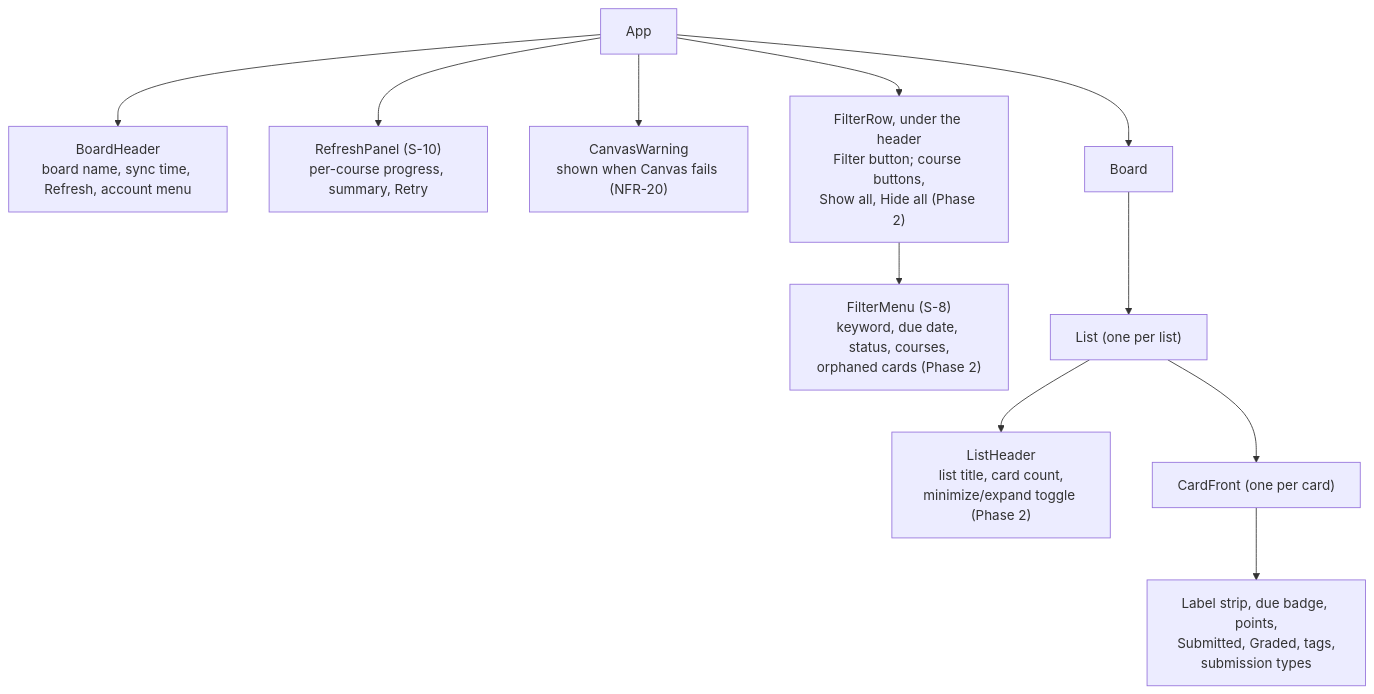
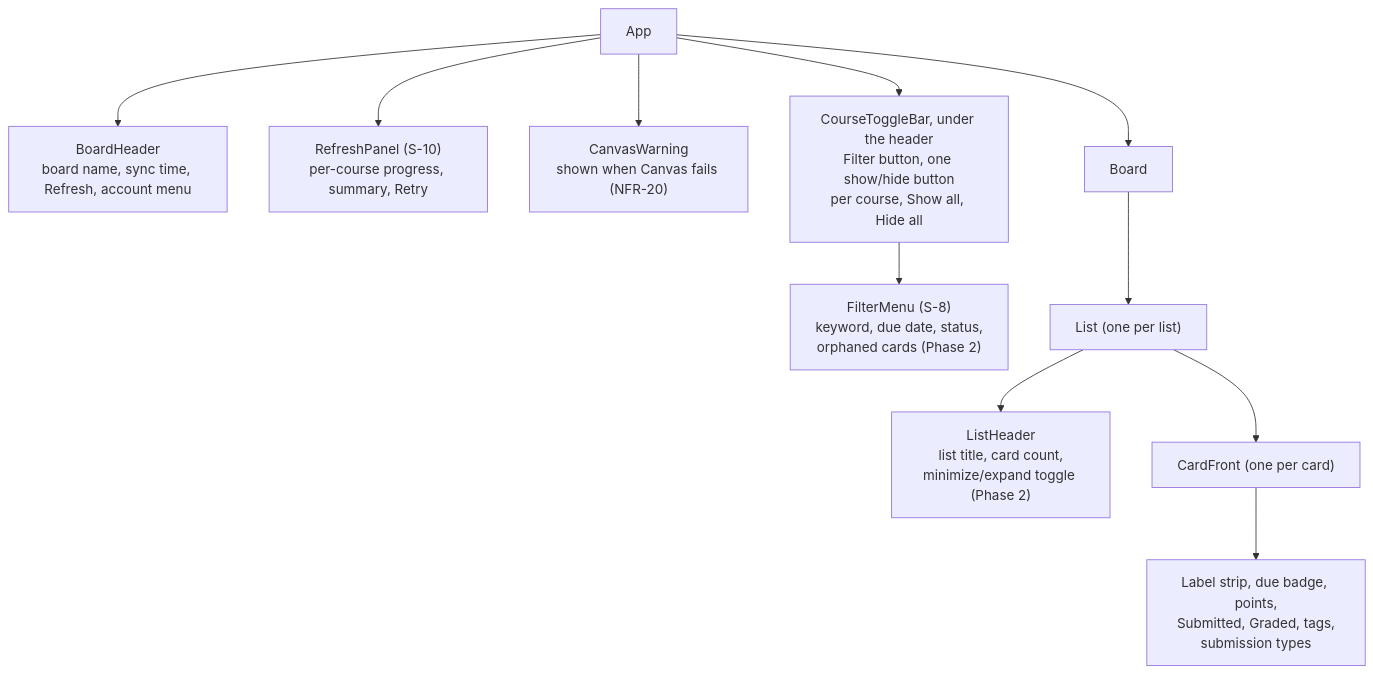
The sixth of 6 diagrams in docs/canvas-portal/03-design.md (bbranton/TestProj), drawn with Mermaid before and after one commit. The commit also changed other lines of this file, not shown here.

First line of the commit message:
Design: course buttons in Phase 1 as the only course picker (FR-78)

````diff
--- a/docs/canvas-portal/03-design.md
+++ b/docs/canvas-portal/03-design.md
@@ -698,13 +698,13 @@
 ```mermaid
 flowchart TD
     App --> Header["BoardHeader<br/>board name, sync time, Refresh, account menu"]
     App --> Progress["RefreshPanel (S-10)<br/>per-course progress, summary, Retry"]
     App --> Banner["CanvasWarning<br/>shown when Canvas fails (NFR-20)"]
-    App --> Row["FilterRow, under the header<br/>Filter button; course buttons,<br/>Show all, Hide all (Phase 2)"]
-    Row --> Filter["FilterMenu (S-8)<br/>keyword, due date, status, courses,<br/>orphaned cards (Phase 2)"]
+    App --> Row["CourseToggleBar, under the header<br/>Filter button, one show/hide button<br/>per course, Show all, Hide all"]
+    Row --> Filter["FilterMenu (S-8)<br/>keyword, due date, status,<br/>orphaned cards (Phase 2)"]
     App --> Board
     Board --> List["List (one per list)"]
     List --> ListHeader["ListHeader<br/>list title, card count,<br/>minimize/expand toggle (Phase 2)"]
     List --> Card["CardFront (one per card)"]
     Card --> Badges["Label strip, due badge, points,<br/>Submitted, Graded, tags,<br/>submission types"]
 ```
````
